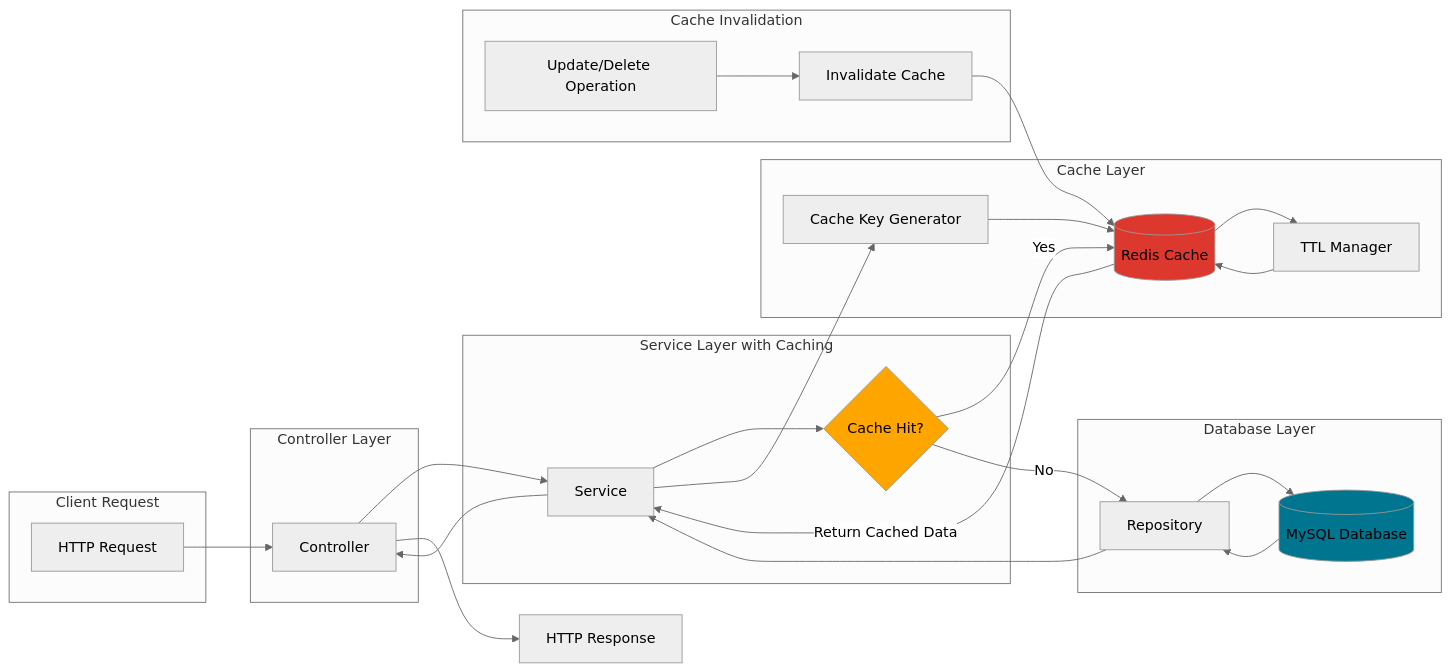
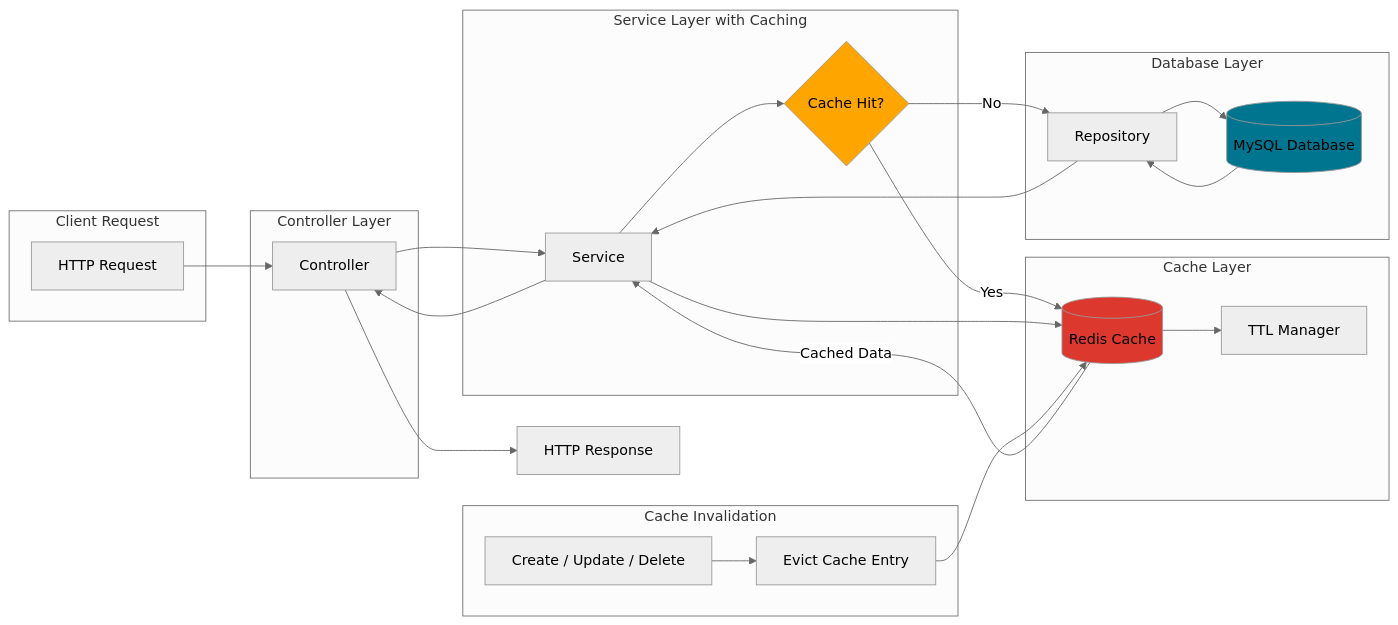
The seventh of 9 diagrams in diagrams/system-design.md (mahmoudss5/Uni-System), drawn with Mermaid (neutral theme) before and after one commit. The commit also changed other lines of this file and 3 other files, not shown here.

Commit message:
update readme and diagrams

````diff
--- a/diagrams/system-design.md
+++ b/diagrams/system-design.md
@@ -427,54 +546,51 @@
 ```mermaid
 graph LR
     subgraph "Client Request"
         Request[HTTP Request]
     end
-    
+
     subgraph "Controller Layer"
         Controller[Controller]
     end
-    
+
     subgraph "Service Layer with Caching"
         Service[Service]
         CacheCheck{Cache Hit?}
     end
-    
+
     subgraph "Cache Layer"
         Redis[(Redis Cache)]
-        CacheKey[Cache Key Generator]
         TTL[TTL Manager]
     end
-    
+
     subgraph "Database Layer"
         Repository[Repository]
         DB[(MySQL Database)]
     end
-    
+
     Request --> Controller
     Controller --> Service
     Service --> CacheCheck
     CacheCheck --> |Yes| Redis
-    Redis --> |Return Cached Data| Service
+    Redis --> |Cached Data| Service
     CacheCheck --> |No| Repository
     Repository --> DB
     DB --> Repository
     Repository --> Service
-    Service --> CacheKey
-    CacheKey --> Redis
+    Service --> Redis
     Redis --> TTL
-    TTL --> Redis
     Service --> Controller
     Controller --> Response[HTTP Response]
-    
+
     subgraph "Cache Invalidation"
-        UpdateOperation[Update/Delete Operation]
-        InvalidateCache[Invalidate Cache]
+        Mutation[Create / Update / Delete]
+        Invalidate[Evict Cache Entry]
     end
-    
-    UpdateOperation --> InvalidateCache
-    InvalidateCache --> Redis
-    
+
+    Mutation --> Invalidate
+    Invalidate --> Redis
+
     style Redis fill:#dc382d
     style DB fill:#00758f
     style CacheCheck fill:#ffa500
 ```
````
